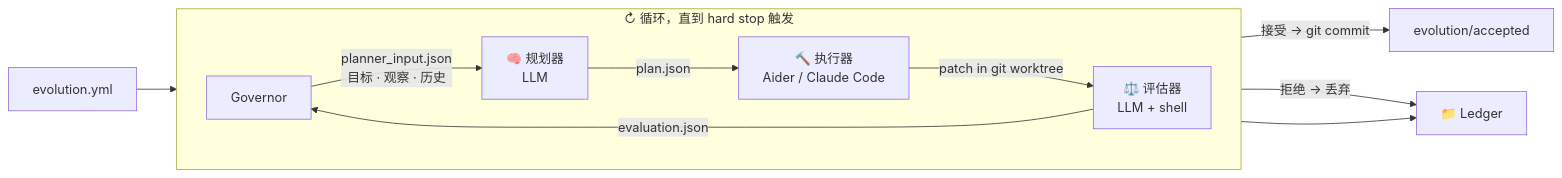
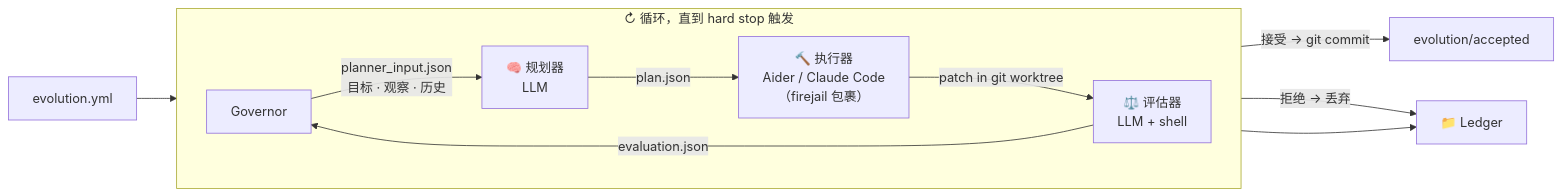
The diagram in README.zh.md (Protocol-zero-0/evolution-kernel), drawn with Mermaid before and after one commit. The commit also changed other lines of this file and 1 other file, not shown here.

````diff
--- a/README.zh.md
+++ b/README.zh.md
@@ -214,16 +187,16 @@
 ```mermaid
 flowchart LR
     Config[evolution.yml] --> Governor
 
     subgraph loop ["↻  循环，直到 hard stop 触发"]
         direction LR
         Governor -->|"planner_input.json\n目标 · 观察 · 历史"| Planner["🧠 规划器\nLLM"]
-        Planner -->|plan.json| Executor["🔨 执行器\nAider / Claude Code"]
+        Planner -->|plan.json| Executor["🔨 执行器\nAider / Claude Code\n（firejail 包裹）"]
         Executor -->|patch in git worktree| Evaluator["⚖️ 评估器\nLLM + shell"]
         Evaluator -->|evaluation.json| Governor
     end
 
     Governor -->|"接受 → git commit"| Branch["evolution/accepted"]
     Governor -->|"拒绝 → 丢弃"| Ledger[📁 Ledger]
     Governor --> Ledger
 ```
````
